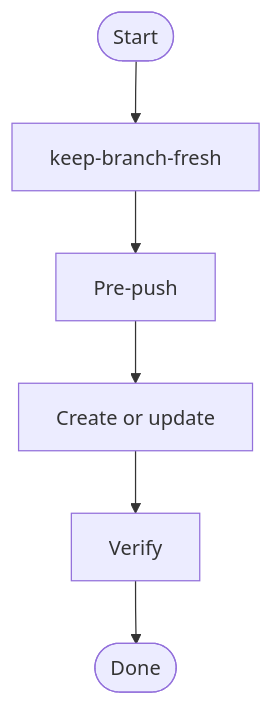
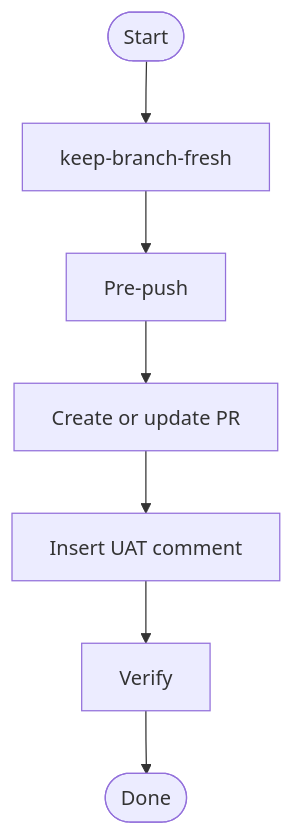
The diagram in skills/my-own-skills/pr-handoff/SKILL.md (35iter-cn/agents-config), drawn with Mermaid before and after one commit. The commit also changed other lines of this file, not shown here.

Commit message:
refactor(SKILL.md): clarify PR creation steps and UAT comment insertion process

````diff
--- a/skills/my-own-skills/pr-handoff/SKILL.md
+++ b/skills/my-own-skills/pr-handoff/SKILL.md
@@ -56,8 +62,9 @@
 ```mermaid
 flowchart TD
     A([Start]) --> B[keep-branch-fresh]
     B --> C[Pre-push]
-    C --> D[Create or update]
-    D --> E[Verify]
-    E --> F([Done])
+    C --> D[Create or update PR]
+    D --> E[Insert UAT comment]
+    E --> F[Verify]
+    F --> G([Done])
 ```
````
